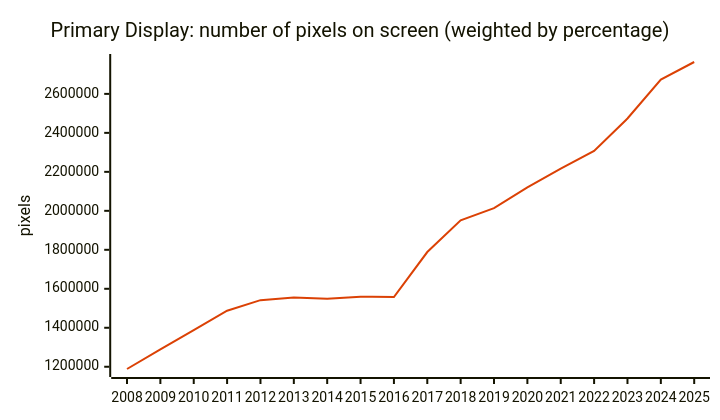
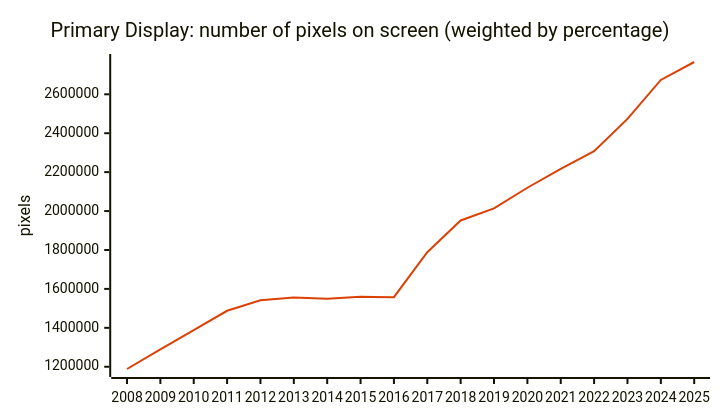
Diagram 16 of 22 in README.md (jdegene/steamHWsurvey), drawn with Mermaid before and after one commit. The commit also changed other lines of this file and 4 other files, not shown here.

````diff
--- a/README.md
+++ b/README.md
@@ -526,19 +526,19 @@
 ```mermaid
 ---
 config:
     xyChart:
         width: 700
         height: 400
         
     themeVariables:
         xyChart:
             plotColorPalette: "#DB4105"
 
 --- 
 
 xychart-beta
     title "Primary Display: number of pixels on screen (weighted by percentage)"
     x-axis [2008, 2009, 2010, 2011, 2012, 2013, 2014, 2015, 2016, 2017, 2018, 2019, 2020, 2021, 2022, 2023, 2024, 2025]
     y-axis "pixels" 
-    line [1188430.8928, 1288926.3533333333, 1387816.4456, 1487587.5584, 1541658.4541874998, 1555539.6754714285, 1549496.4588272728, 1559351.2310333333, 1557359.9222666668, 1788536.702933333, 1951604.4634666666, 2014008.6962666668, 2119798.684, 2216151.314933333, 2307369.4647999997, 2473576.992, 2673738.5261333333, 2763570.6141333333]
+    line [1188430.8928, 1288926.3533333333, 1387816.4456, 1487587.5584, 1541658.4541874998, 1555539.6754714285, 1549496.4588272728, 1559351.2310333333, 1557359.9222666665, 1788536.702933333, 1951604.4634666666, 2014008.6962666668, 2119798.684, 2216151.3149333335, 2307369.4647999997, 2473576.992, 2673738.5261333333, 2765921.726285714]
 ``` 
````
